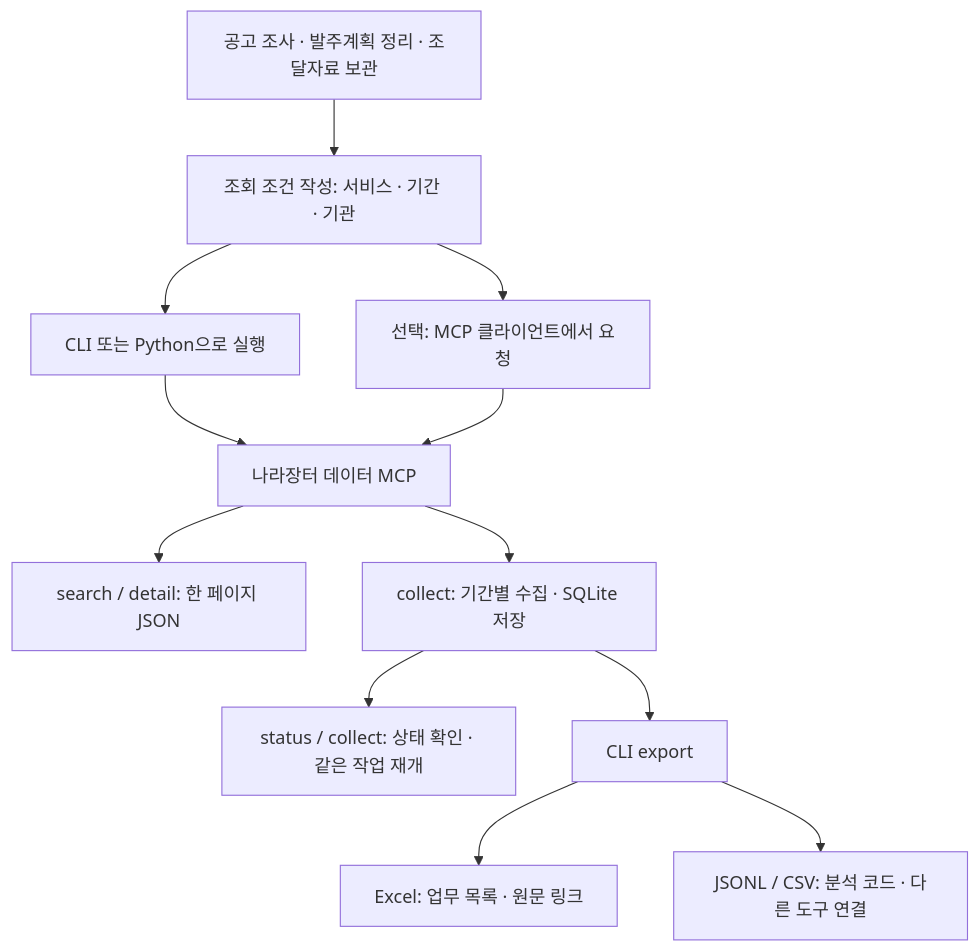
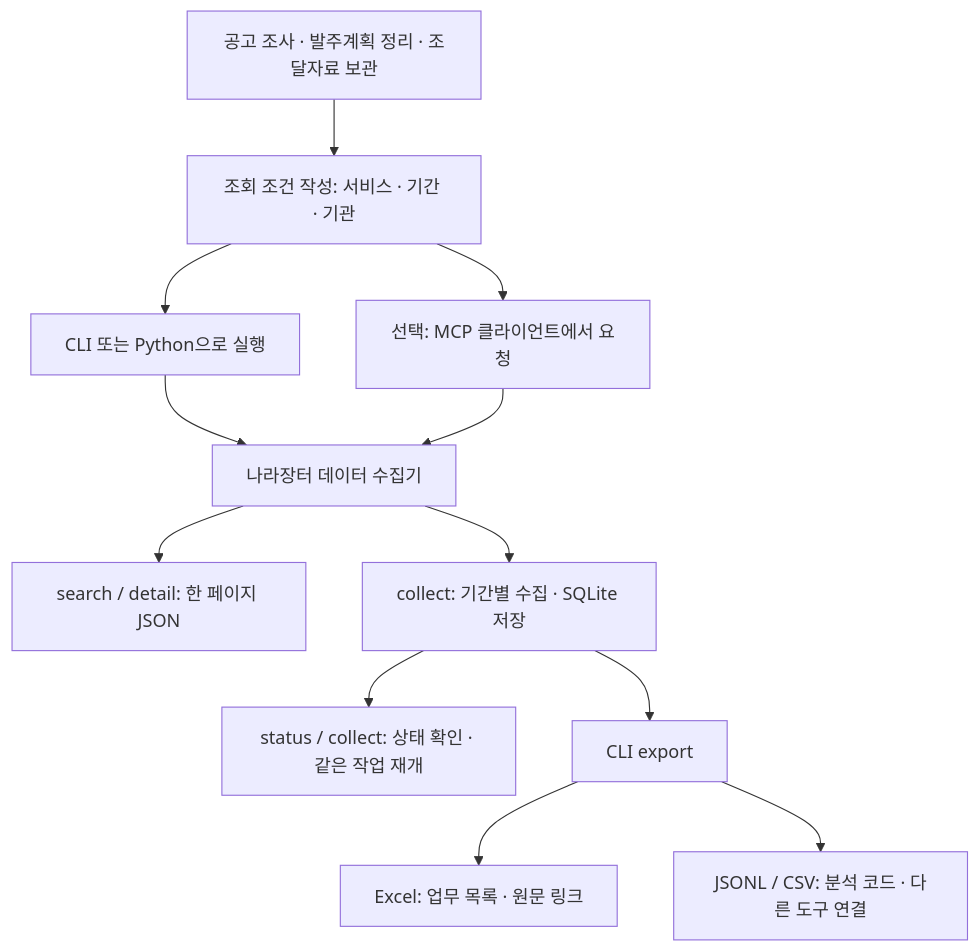
One commit to solid-hwan/nara-data-collector changed the first of 2 diagrams in docs/diagrams.md. Above: the diagram before and after it, drawn with Mermaid. The commit also changed other lines of this file and 14 other files, not shown here.

Commit message:
docs: 나라장터 데이터 수집기로 제품명과 저장소 이름 변경

````diff
--- a/docs/diagrams.md
+++ b/docs/diagrams.md
@@ -9,14 +9,14 @@
 ```mermaid
 flowchart TD
     A["공고 조사 · 발주계획 정리 · 조달자료 보관"] --> B["조회 조건 작성: 서비스 · 기간 · 기관"]
     B --> C["CLI 또는 Python으로 실행"]
     B --> D["선택: MCP 클라이언트에서 요청"]
-    C --> E["나라장터 데이터 MCP"]
+    C --> E["나라장터 데이터 수집기"]
     D --> E
     E --> F["search / detail: 한 페이지 JSON"]
     E --> G["collect: 기간별 수집 · SQLite 저장"]
     G --> H["status / collect: 상태 확인 · 같은 작업 재개"]
     G --> I["CLI export"]
     I --> J["Excel: 업무 목록 · 원문 링크"]
     I --> K["JSONL / CSV: 분석 코드 · 다른 도구 연결"]
 ```
````
